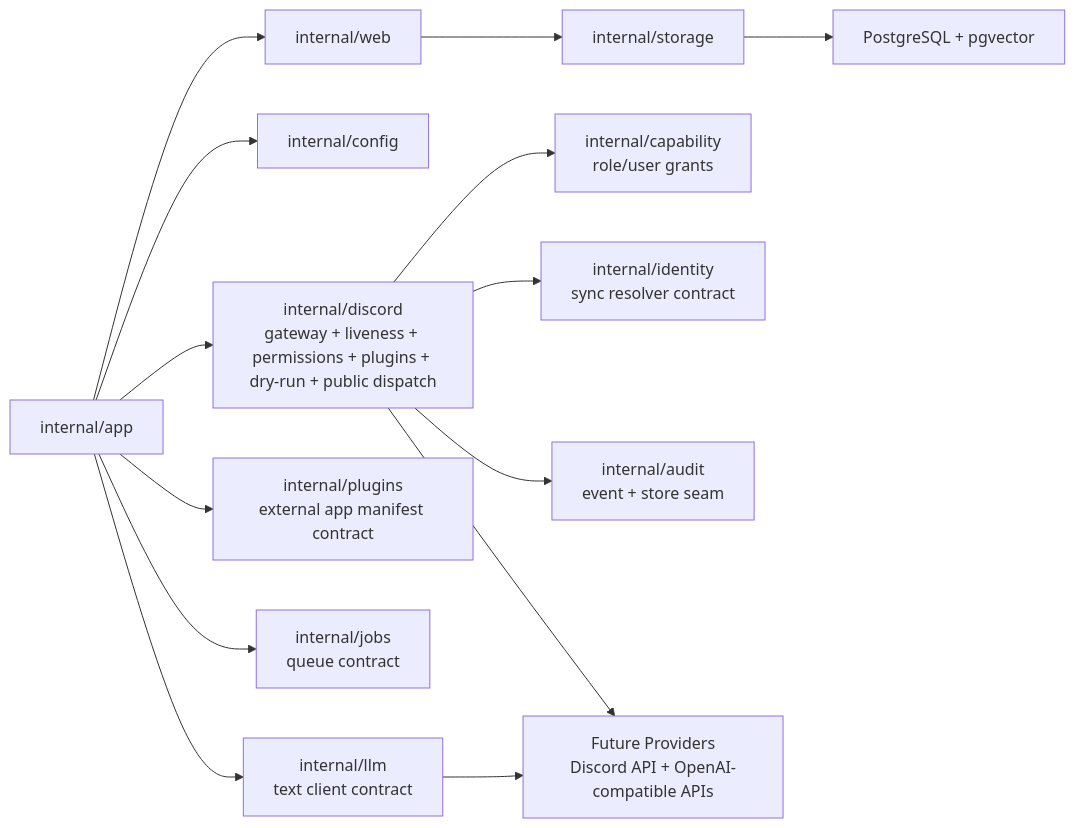
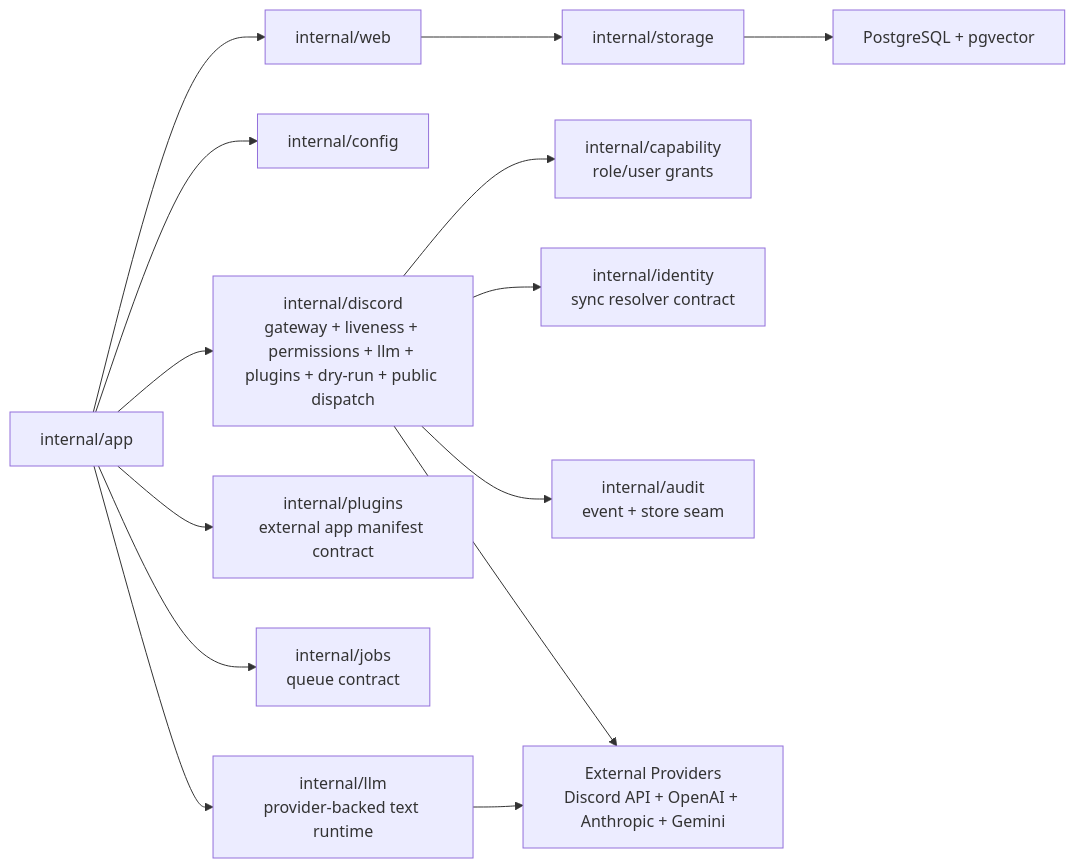
Before and after one commit to gOps132/GigiDC: the diagram in docs/diagrams/service-adapters.md, drawn with Mermaid. The commit also changed other lines of this file and 20 other files, not shown here.

````diff
--- a/docs/diagrams/service-adapters.md
+++ b/docs/diagrams/service-adapters.md
@@ -10,30 +10,30 @@
 ```mermaid
 flowchart LR
   App["internal/app"]
   Web["internal/web"]
   Config["internal/config"]
   Storage["internal/storage"]
-  Discord["internal/discord<br/>gateway + liveness + permissions + plugins + dry-run + public dispatch"]
+  Discord["internal/discord<br/>gateway + liveness + permissions + llm + plugins + dry-run + public dispatch"]
   Capability["internal/capability<br/>role/user grants"]
   Identity["internal/identity<br/>sync resolver contract"]
   Audit["internal/audit<br/>event + store seam"]
   Plugins["internal/plugins<br/>external app manifest contract"]
   Jobs["internal/jobs<br/>queue contract"]
-  LLM["internal/llm<br/>text client contract"]
+  LLM["internal/llm<br/>provider-backed text runtime"]
   DB["PostgreSQL + pgvector"]
-  Providers["Future Providers<br/>Discord API + OpenAI-compatible APIs"]
+  Providers["External Providers<br/>Discord API + OpenAI + Anthropic + Gemini"]
 
   App --> Web
   App --> Config
   Web --> Storage
   Storage --> DB
   App --> Discord
   Discord --> Identity
   Discord --> Capability
   Discord --> Audit
   App --> Plugins
   App --> Jobs
   App --> LLM
   Discord --> Providers
   LLM --> Providers
 ```
````
